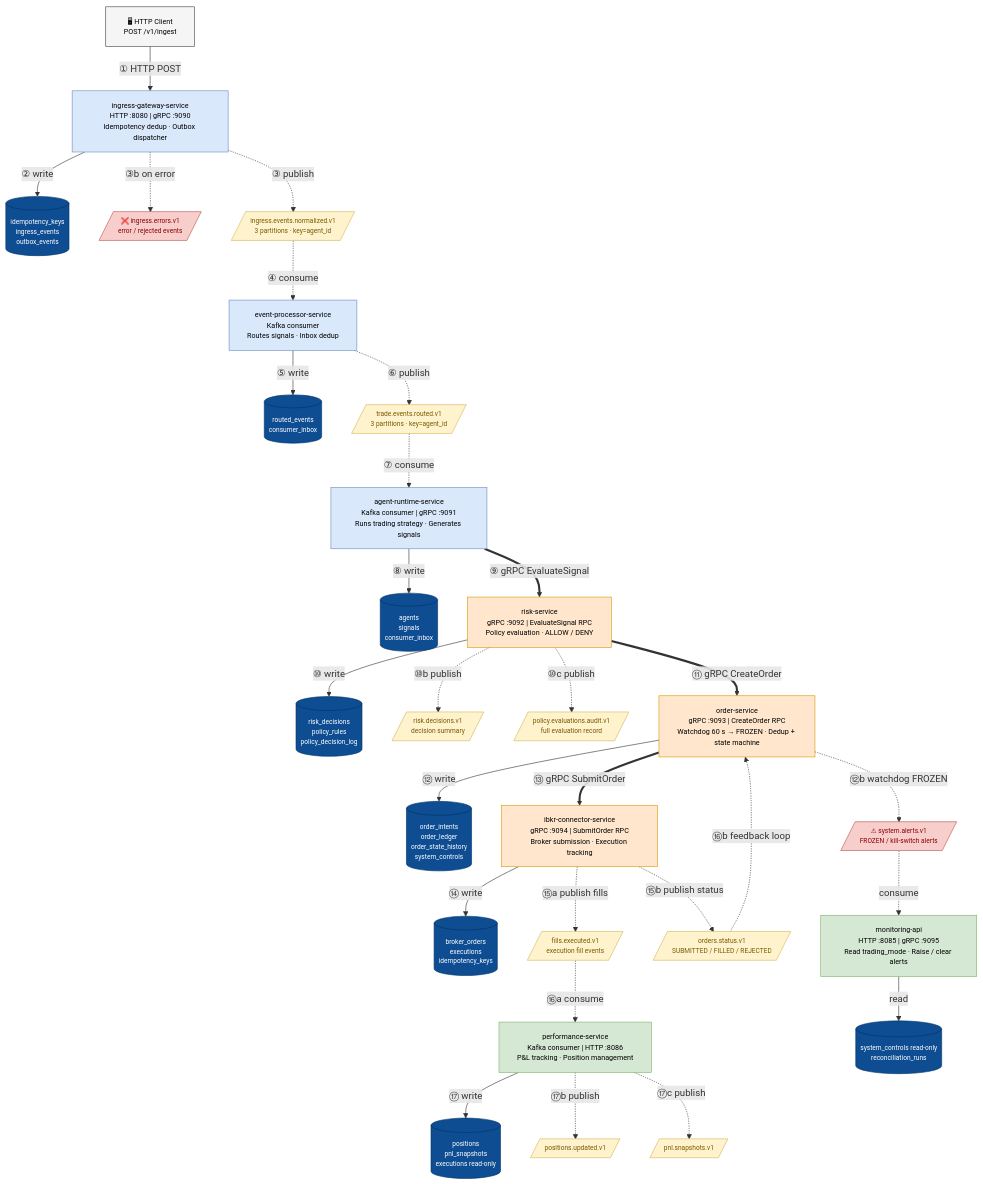
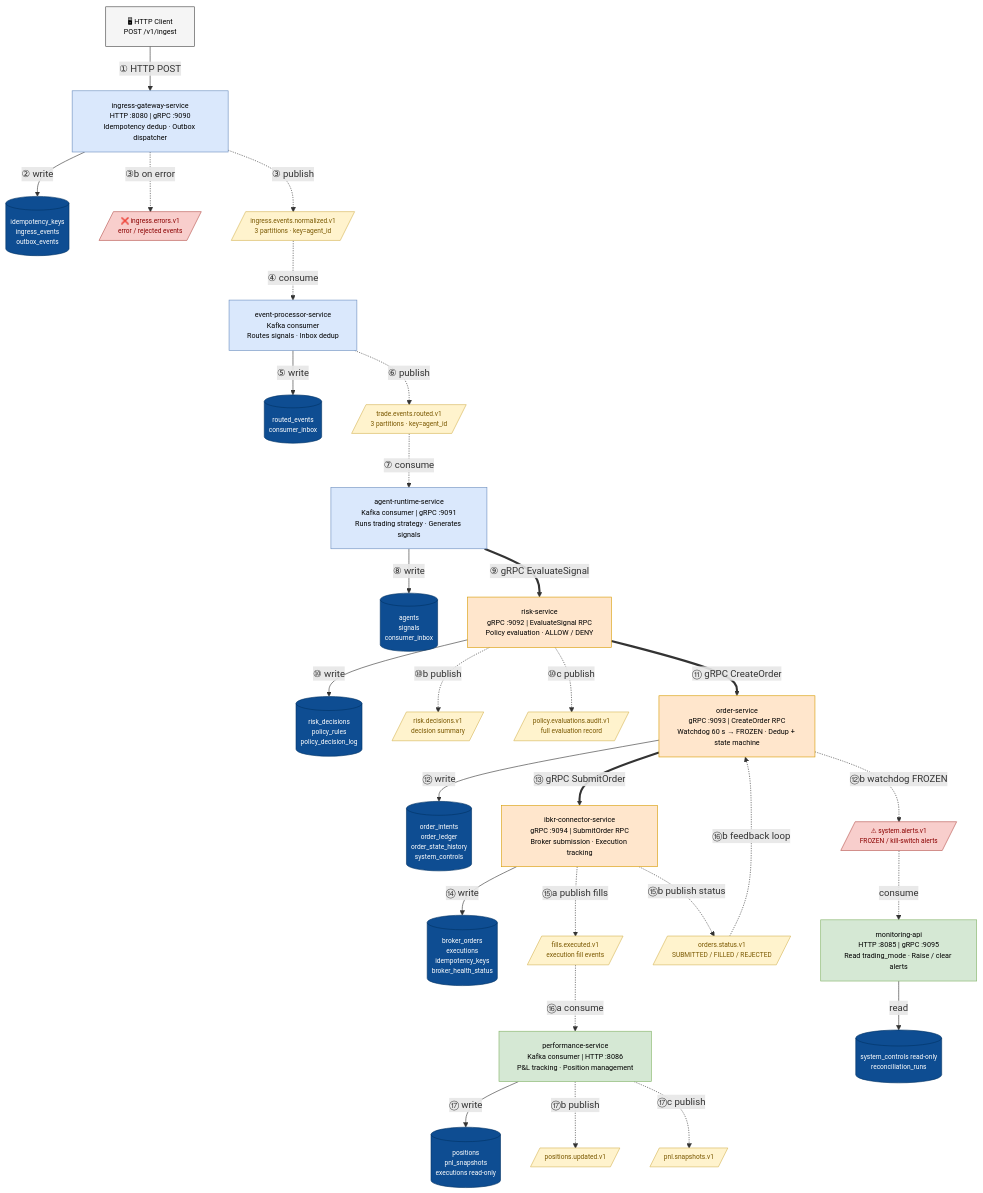
The diagram in docs/SYSTEM_FLOW.md (stevelefi/autotrading-implementation), drawn with Mermaid before and after one commit. The commit also changed other lines of this file and 5 other files, not shown here.

Commit message:
chore(docs): update README and docs for broker health, client_event_id rename, and script helpers (#31)

```diff
--- a/docs/SYSTEM_FLOW.md
+++ b/docs/SYSTEM_FLOW.md
@@ -40,7 +40,7 @@
     K_ALERTS[/"⚠ system.alerts.v1<br/>FROZEN / kill-switch alerts"/]:::altKaf
 
     IBKR["ibkr-connector-service<br/>gRPC :9094 | SubmitOrder RPC<br/>Broker submission · Execution tracking"]:::grpcSvc
-    DB_IBKR[(broker_orders<br/>executions<br/>idempotency_keys)]:::db
+    DB_IBKR[(broker_orders<br/>executions<br/>idempotency_keys<br/>broker_health_status)]:::db
     K_FILLS[/"fills.executed.v1<br/>execution fill events"/]:::kaf
     K_STATUS[/"orders.status.v1<br/>SUBMITTED / FILLED / REJECTED"/]:::kaf
 
```
